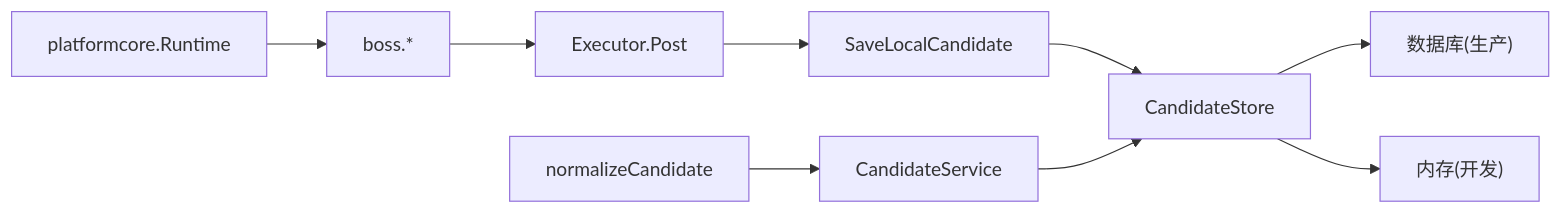
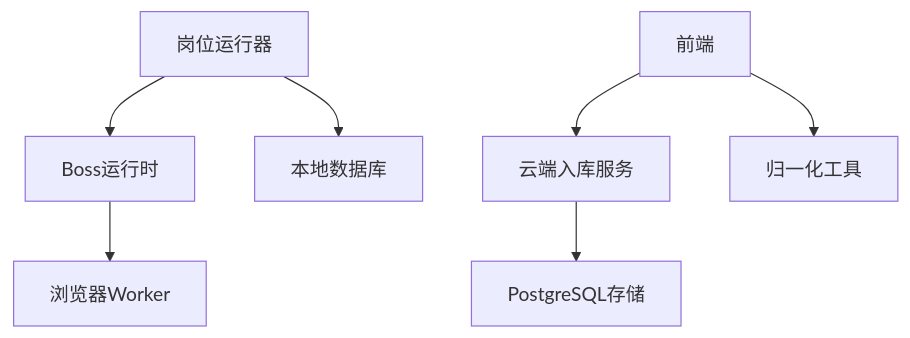
Before and after one commit to alvinwangzi/goodhr: the tenth of 10 diagrams in .qoder/repowiki/zh/content/本地执行器/平台适配器/Boss直聘适配器/候选人数据处理.md, drawn with Mermaid. The commit also changed other lines of this file and 149 other files, not shown here.

````diff
--- a/.qoder/repowiki/zh/content/本地执行器/平台适配器/Boss直聘适配器/候选人数据处理.md
+++ b/.qoder/repowiki/zh/content/本地执行器/平台适配器/Boss直聘适配器/候选人数据处理.md
@@ -346,11 +376,9 @@
 ```mermaid
-graph LR
-Runtime["platformcore.Runtime"] --> Boss["boss.*"]
-Boss --> Executor["Executor.Post"]
-Executor --> CloudIngest["SaveLocalCandidate"]
-CloudIngest --> Store["CandidateStore"]
-Store --> DB["数据库(生产)"]
-Store --> Mem["内存(开发)"]
-Service["CandidateService"] --> Store
-Front["normalizeCandidate"] --> Service
+graph TB
+BossRuntime["Boss运行时"] --> Worker["浏览器Worker"]
+Runner["岗位运行器"] --> BossRuntime
+Runner --> DB["本地数据库"]
+Ingest["云端入库服务"] --> Store["PostgreSQL存储"]
+UI["前端"] --> Ingest
+UI --> Normalize["归一化工具"]
 ```
````
